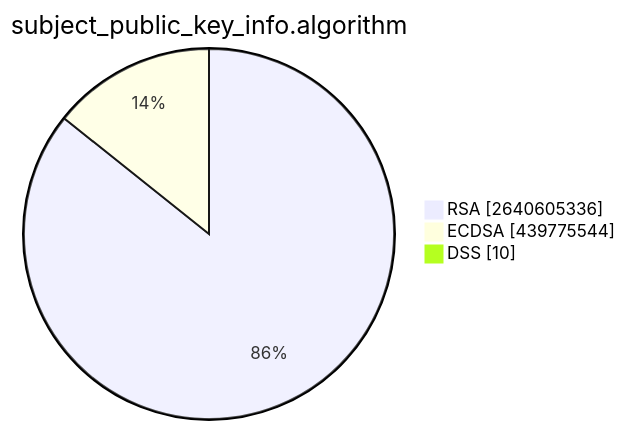
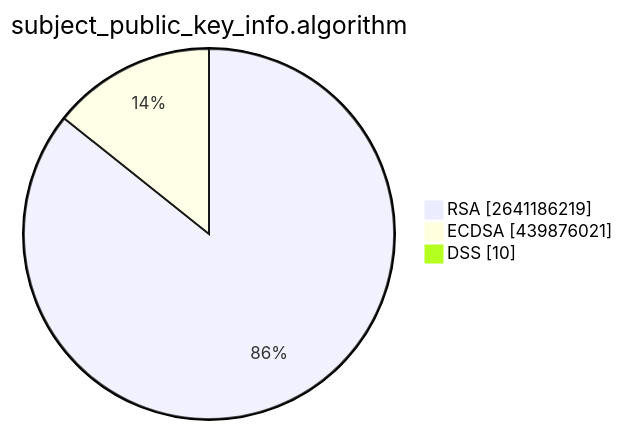
One commit to christiankrug/ctmonitor_visualization changed the second of 15 diagrams in TOTAL/README.md. Above: the diagram before and after it, drawn with Mermaid. The commit also changed other lines of this file, not shown here.

````diff
--- a/TOTAL/README.md
+++ b/TOTAL/README.md
@@ -6,7 +6,7 @@
 ```mermaid
 pie showData
 title subject_public_key_info.algorithm
-"RSA" :2640605336
-"ECDSA" :439775544
+"RSA" :2641186219
+"ECDSA" :439876021
 "DSS" :10
 ```
````
